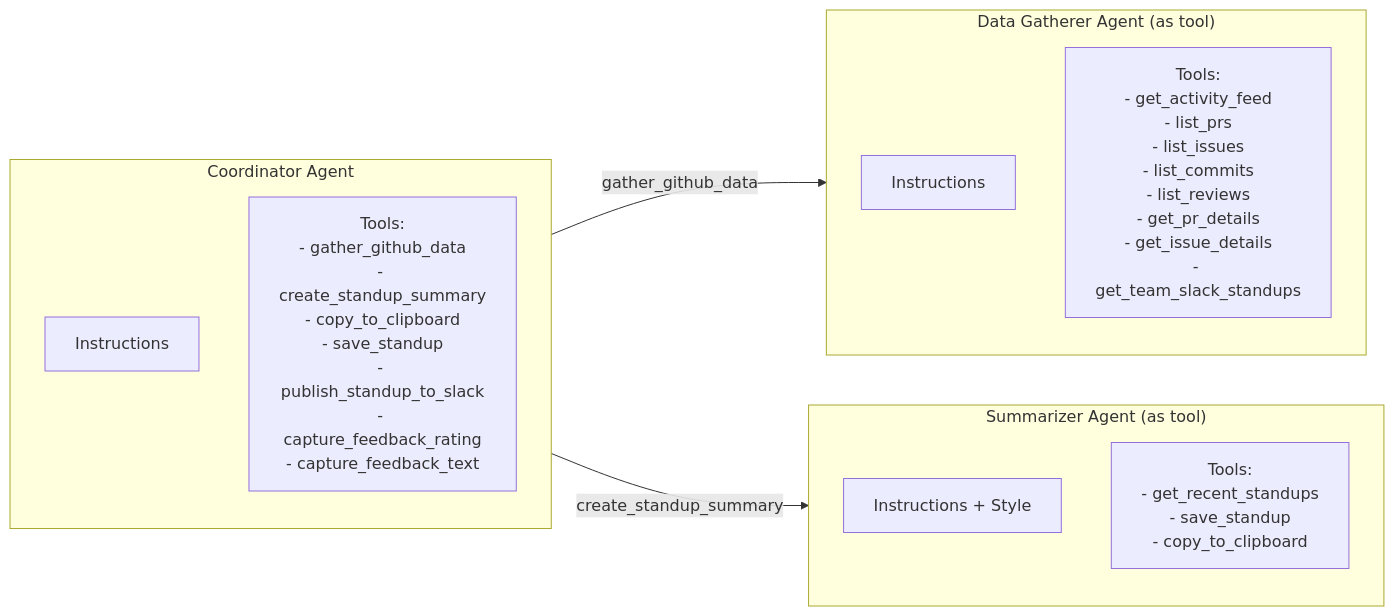
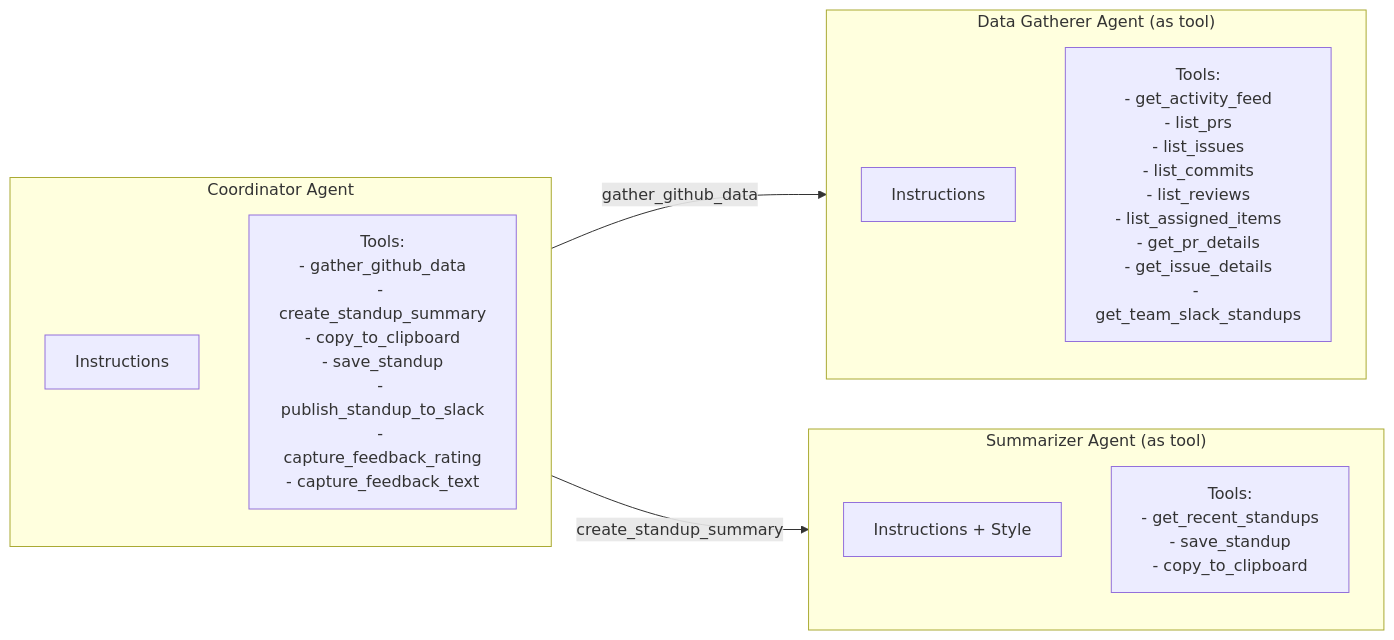
One commit to andrewm4894/github-standup-agent changed the second of 8 diagrams in ARCHITECTURE.md. Above: the diagram before and after it, drawn with Mermaid. The commit also changed other lines of this file and 9 other files, not shown here.

````diff
--- a/ARCHITECTURE.md
+++ b/ARCHITECTURE.md
@@ -80,23 +80,23 @@
 ```mermaid
 flowchart LR
     subgraph Coordinator["Coordinator Agent"]
         direction TB
         c_inst["Instructions"]
         c_tools["Tools:<br/>- gather_github_data<br/>- create_standup_summary<br/>- copy_to_clipboard<br/>- save_standup<br/>- publish_standup_to_slack<br/>- capture_feedback_rating<br/>- capture_feedback_text"]
     end
 
     subgraph DataGatherer["Data Gatherer Agent (as tool)"]
         direction TB
         dg_inst["Instructions"]
-        dg_tools["Tools:<br/>- get_activity_feed<br/>- list_prs<br/>- list_issues<br/>- list_commits<br/>- list_reviews<br/>- get_pr_details<br/>- get_issue_details<br/>- get_team_slack_standups"]
+        dg_tools["Tools:<br/>- get_activity_feed<br/>- list_prs<br/>- list_issues<br/>- list_commits<br/>- list_reviews<br/>- list_assigned_items<br/>- get_pr_details<br/>- get_issue_details<br/>- get_team_slack_standups"]
     end
 
     subgraph Summarizer["Summarizer Agent (as tool)"]
         direction TB
         s_inst["Instructions + Style"]
         s_tools["Tools:<br/>- get_recent_standups<br/>- save_standup<br/>- copy_to_clipboard"]
     end
 
     Coordinator -->|"gather_github_data"| DataGatherer
     Coordinator -->|"create_standup_summary"| Summarizer
 ```
````
